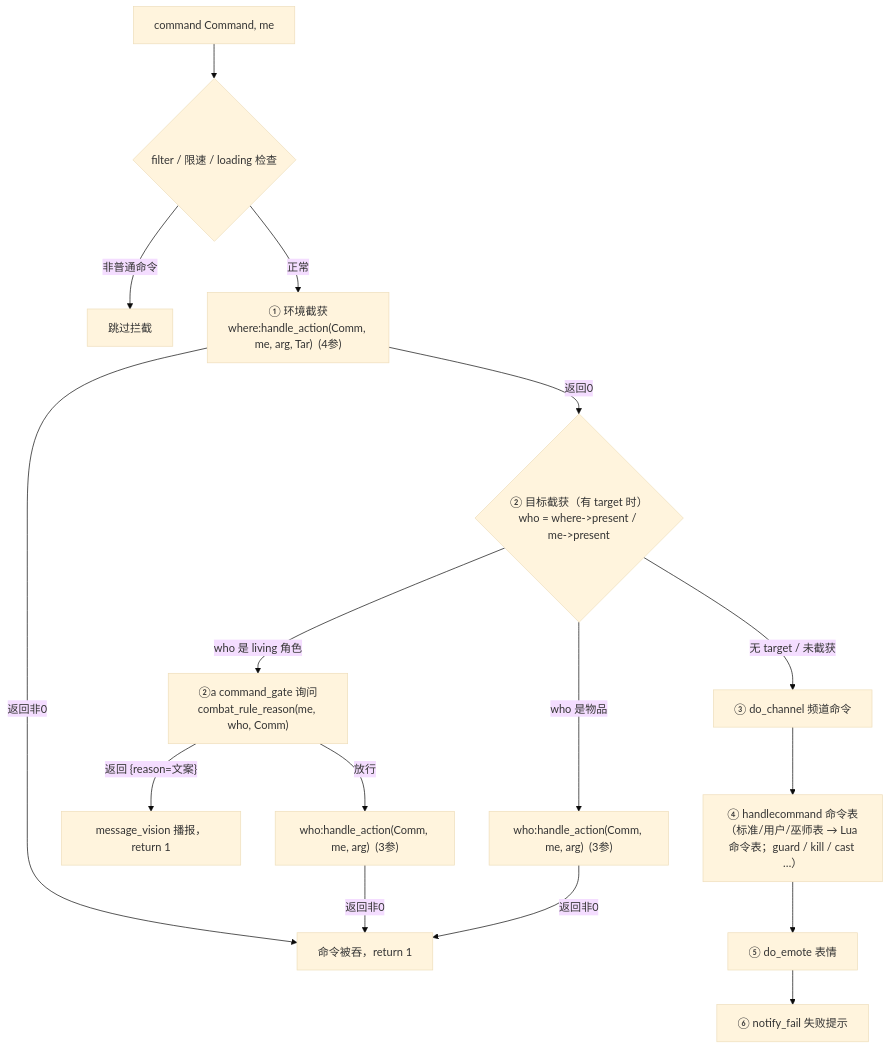
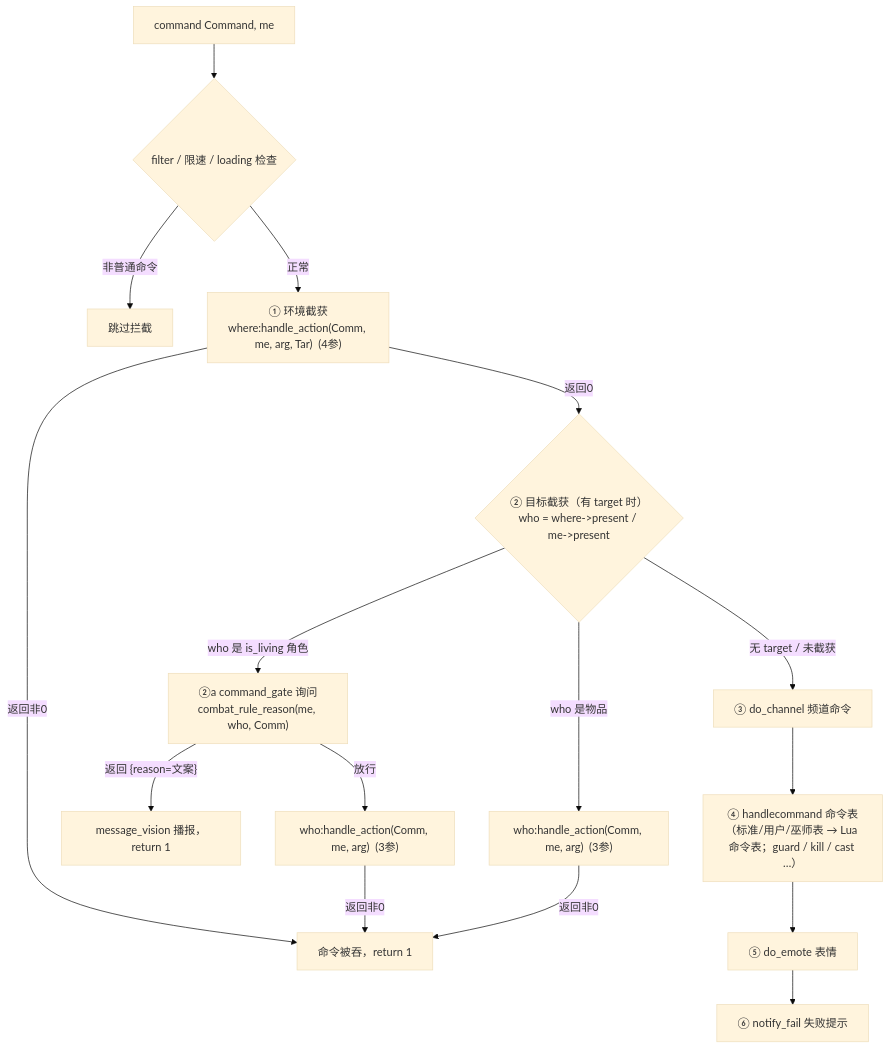
Before and after one commit to zeerd/jianghu-engine: the diagram in docs/handle_action.md, drawn with Mermaid (base theme). The commit also changed other lines of this file and 138 other files, not shown here.

````diff
--- a/docs/handle_action.md
+++ b/docs/handle_action.md
@@ -63,18 +63,18 @@
 ```mermaid
 flowchart TD
     A[command Command, me] --> B{filter / 限速 / loading 检查}
     B -->|非普通命令| Z[跳过拦截]
     B -->|正常| C["① 环境截获<br/>where:handle_action(Comm, me, arg, Tar)  (4参)"]
     C -->|返回非0| R1[命令被吞，return 1]
     C -->|返回0| D{"② 目标截获（有 target 时）<br/>who = where->present / me->present"}
-    D -->|who 是 living 角色| CG["②a command_gate 询问<br/>combat_rule_reason(me, who, Comm)"]
+    D -->|who 是 is_living 角色| CG["②a command_gate 询问<br/>combat_rule_reason(me, who, Comm)"]
     CG -->|"返回 {reason=文案}"| R2[message_vision 播报，return 1]
     CG -->|放行| E["who:handle_action(Comm, me, arg)  (3参)"]
     D -->|who 是物品| F["who:handle_action(Comm, me, arg)  (3参)"]
     E -->|返回非0| R1
     F -->|返回非0| R1
     D -->|无 target / 未截获| G["③ do_channel 频道命令"]
     G --> H["④ handlecommand 命令表<br/>（标准/用户/巫师表 → Lua 命令表；guard / kill / cast …）"]
     H --> I["⑤ do_emote 表情"]
     I --> J["⑥ notify_fail 失败提示"]
 ```
````
